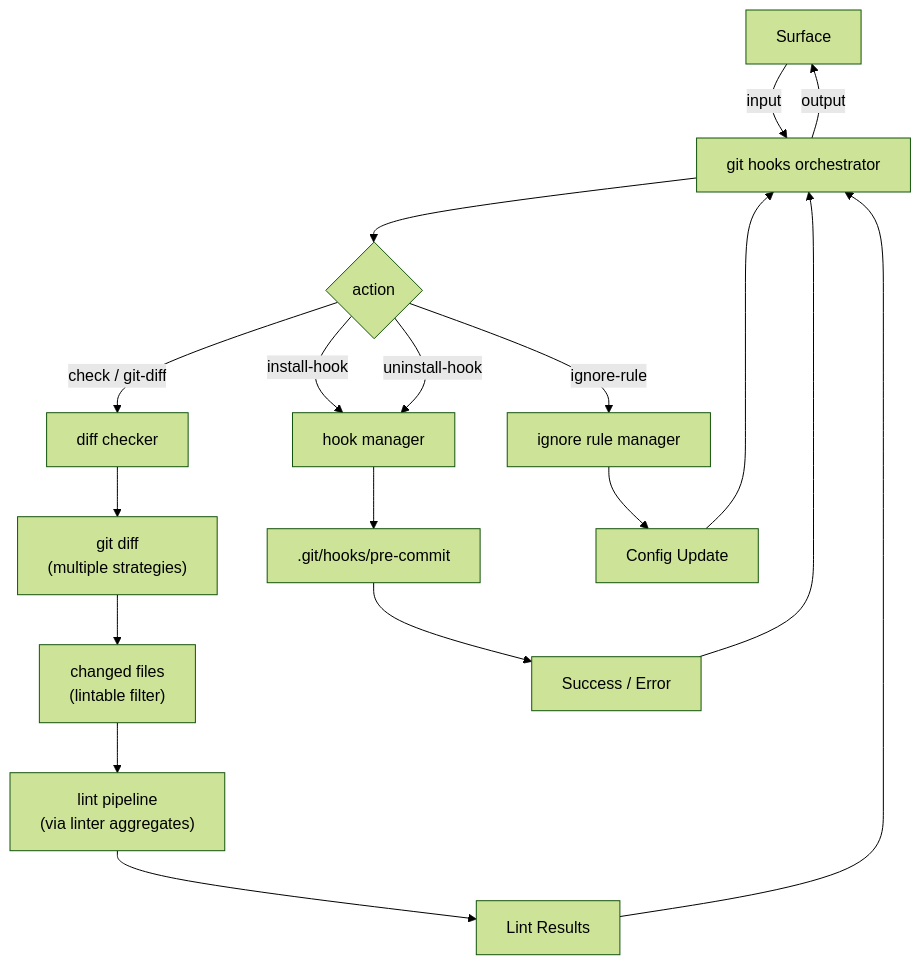
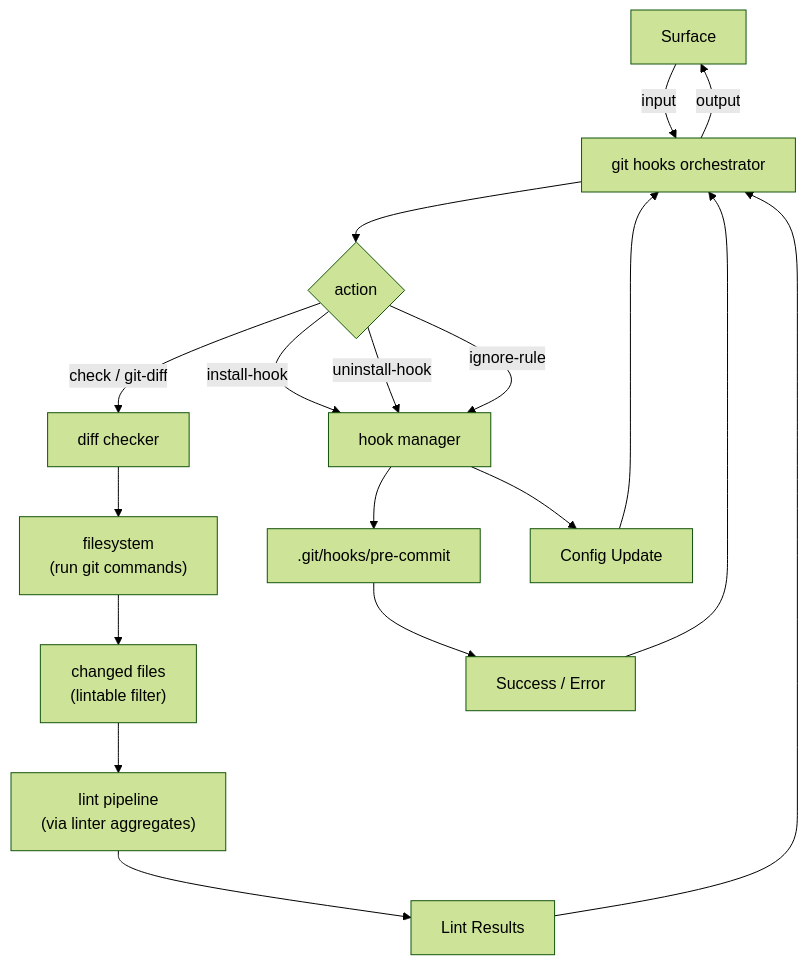
One commit to rakaarwaky/lint-arwaky changed the diagram in crates/git-hooks/FRD.md. Above: the diagram before and after it, drawn with Mermaid (forest theme). The commit also changed other lines of this file and 60 other files, not shown here.

First line of the commit message:
feat(graph-loop): Implement state manager and trigger scanner for pipeline orchestration

````diff
--- a/crates/git-hooks/FRD.md
+++ b/crates/git-hooks/FRD.md
@@ -20,25 +20,25 @@
 ```mermaid
 flowchart TD
     A["Surface"] -->|input| B["git hooks orchestrator"]
     B --> C{"action"}
 
     C -->|"check / git-diff"| D["diff checker"]
     C -->|"install-hook"| E["hook manager"]
     C -->|"uninstall-hook"| E
-    C -->|"ignore-rule"| F["ignore rule manager"]
+    C -->|"ignore-rule"| E
 
-    D --> G["git diff\n(multiple strategies)"]
+    D --> G["filesystem\n(run git commands)"]
     G --> H["changed files\n(lintable filter)"]
     H --> I["lint pipeline\n(via linter aggregates)"]
     I --> J["Lint Results"]
 
     E --> K[".git/hooks/pre-commit"]
     K --> L["Success / Error"]
-    F --> M["Config Update"]
+    E --> M["Config Update"]
 
     J --> B
     L --> B
     M --> B
     B -->|output| A
 
 ```
````
